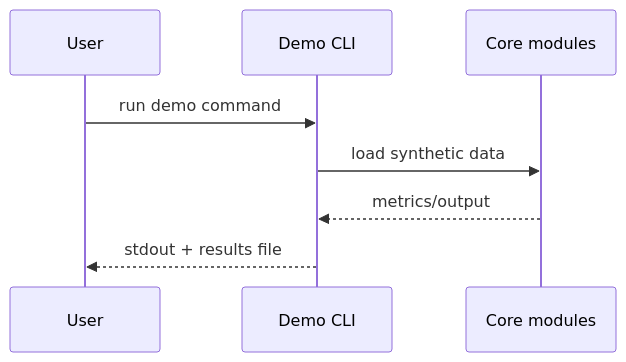
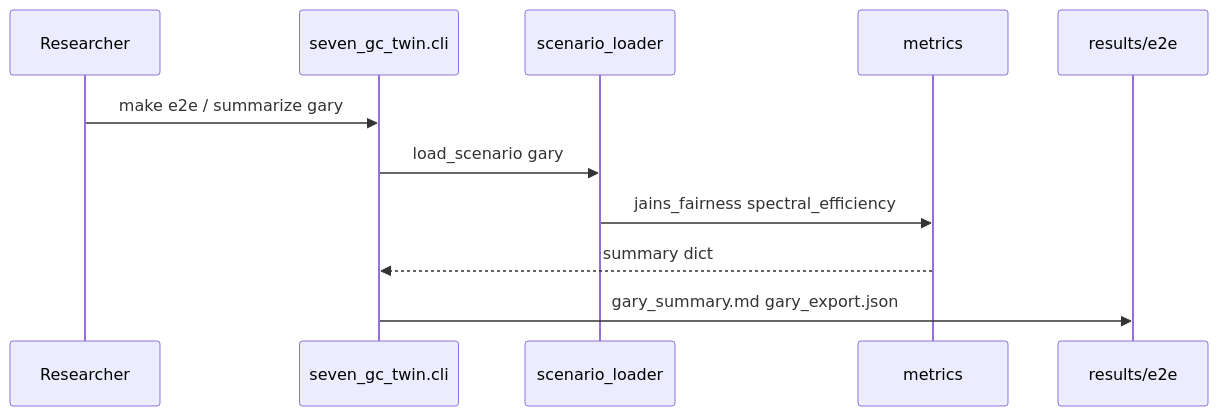
The diagram in docs/diagrams/sequence_main_demo.mmd (gunnchOS3k/7gc-digital-twin), drawn with Mermaid before and after one commit. The commit also changed 29 other files, not shown here.

First line of the commit message:
Issue audit pass: repo-specific diagrams, review-ready papers, ISSUE_AUDIT

```diff
--- a/docs/diagrams/sequence_main_demo.mmd
+++ b/docs/diagrams/sequence_main_demo.mmd
@@ -1,8 +1,11 @@
 sequenceDiagram
-  participant U as User
-  participant CLI as Demo CLI
-  participant Core as Core modules
-  U->>CLI: run demo command
-  CLI->>Core: load synthetic data
-  Core-->>CLI: metrics/output
-  CLI-->>U: stdout + results file
+  participant U as Researcher
+  participant CLI as seven_gc_twin.cli
+  participant SL as scenario_loader
+  participant M as metrics
+  participant E as results/e2e
+  U->>CLI: make e2e / summarize gary
+  CLI->>SL: load_scenario gary
+  SL->>M: jains_fairness spectral_efficiency
+  M-->>CLI: summary dict
+  CLI->>E: gary_summary.md gary_export.json
```
